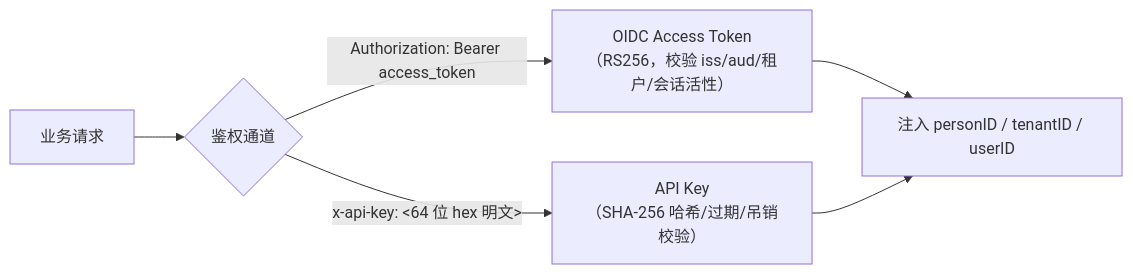
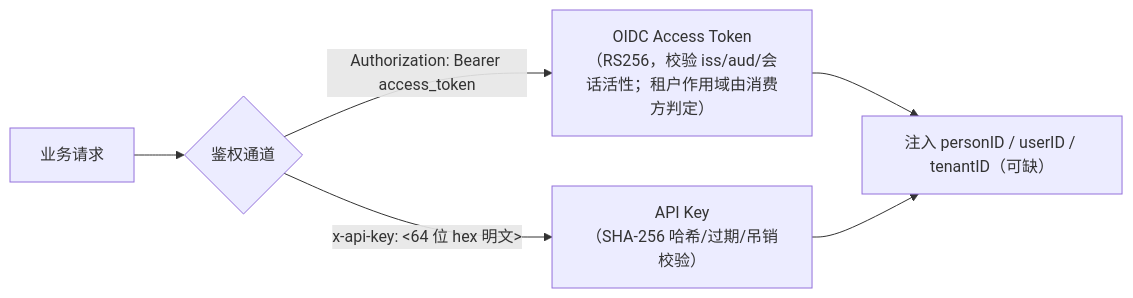
The diagram in docs/design/api-reference.md (morehao/ark-iam), drawn with Mermaid before and after one commit. The commit also changed other lines of this file and 76 other files, not shown here.

````diff
--- a/docs/design/api-reference.md
+++ b/docs/design/api-reference.md
@@ -65,8 +70,8 @@
 ```mermaid
 flowchart LR
     REQ["业务请求"] --> AUTH{"鉴权通道"}
-    AUTH -->|"Authorization: Bearer access_token"| OIDC["OIDC Access Token<br/>（RS256，校验 iss/aud/租户/会话活性）"]
+    AUTH -->|"Authorization: Bearer access_token"| OIDC["OIDC Access Token<br/>（RS256，校验 iss/aud/会话活性；租户作用域由消费方判定）"]
     AUTH -->|"x-api-key: <64 位 hex 明文>"| AK["API Key<br/>（SHA-256 哈希/过期/吊销校验）"]
-    OIDC --> PASS["注入 personID / tenantID / userID"]
+    OIDC --> PASS["注入 personID / userID / tenantID（可缺）"]
     AK --> PASS
 ```
````
